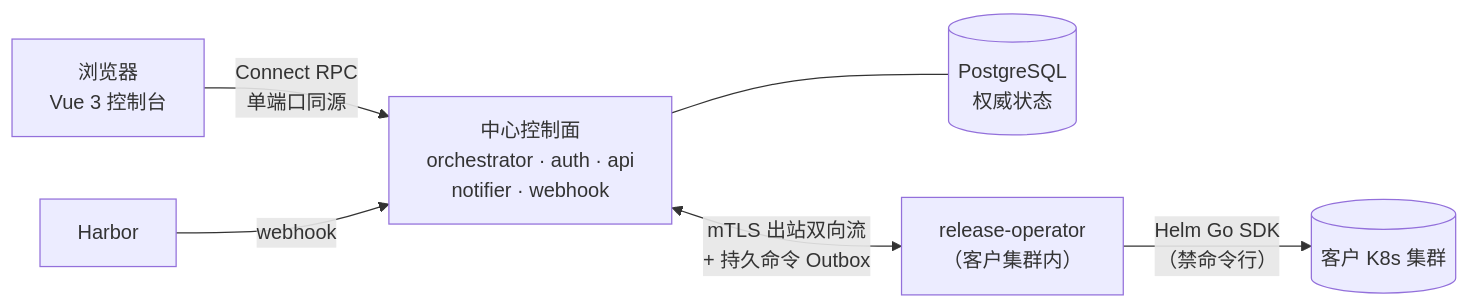
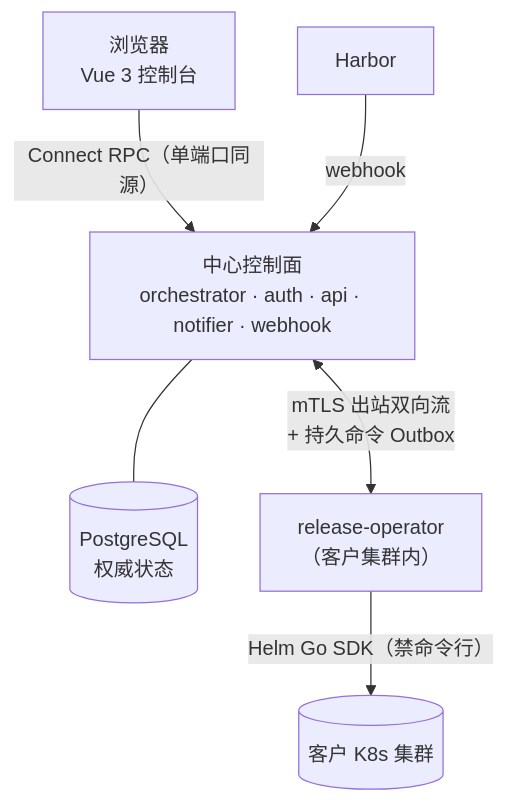
One commit to ndzuki/release-manager changed the diagram in README.md. Above: the diagram before and after it, drawn with Mermaid.

Commit message:
docs(readme): lay the architecture diagram out top-down so it fits the GitHub viewport (TASK-394)

````diff
--- a/README.md
+++ b/README.md
@@ -44,8 +44,8 @@
 ```mermaid
-flowchart LR
-  U["浏览器<br/>Vue 3 控制台"] -->|Connect RPC<br/>单端口同源| C["中心控制面<br/>orchestrator · auth · api<br/>notifier · webhook"]
-  C --- DB[("PostgreSQL<br/>权威状态")]
+flowchart TB
+  U["浏览器<br/>Vue 3 控制台"] -->|"Connect RPC（单端口同源）"| C
+  H["Harbor"] -->|webhook| C
+  C["中心控制面<br/>orchestrator · auth · api · notifier · webhook"] --- DB[("PostgreSQL<br/>权威状态")]
   C <-->|"mTLS 出站双向流<br/>+ 持久命令 Outbox"| O["release-operator<br/>（客户集群内）"]
-  O -->|"Helm Go SDK<br/>（禁命令行）"| K[("客户 K8s 集群")]
-  H["Harbor"] -->|webhook| C
+  O -->|"Helm Go SDK（禁命令行）"| K[("客户 K8s 集群")]
 ```
````
